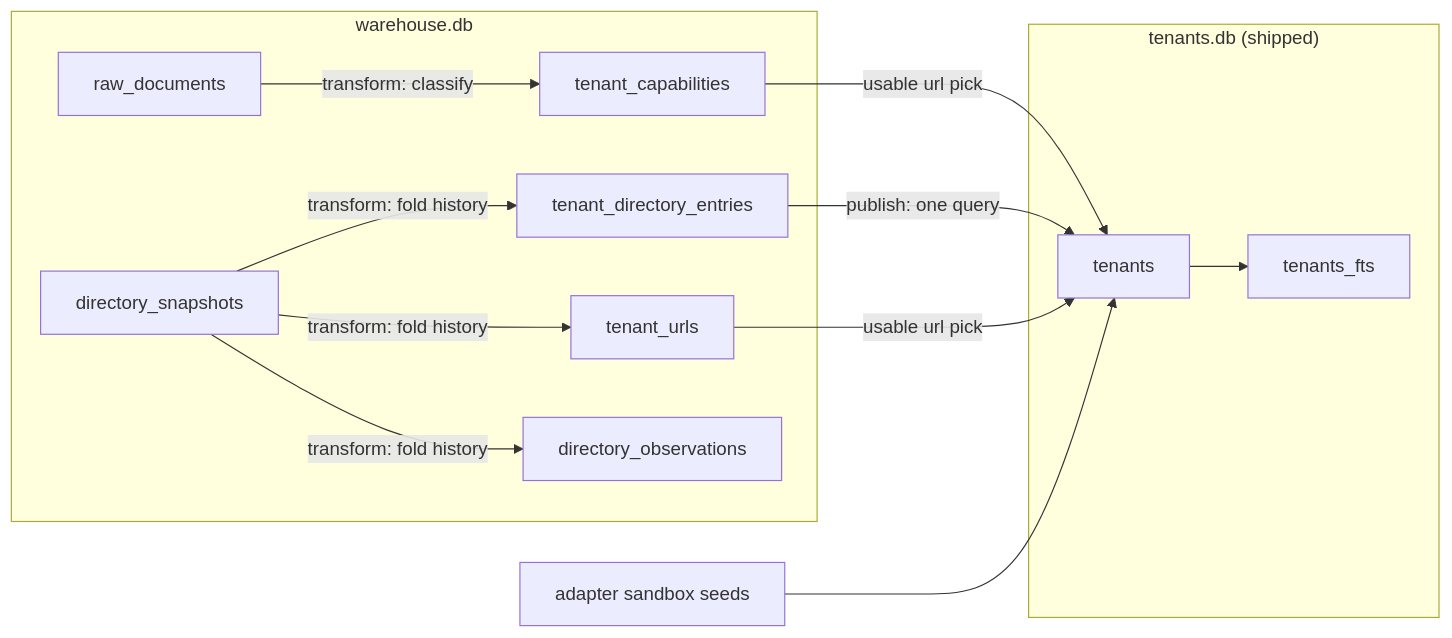
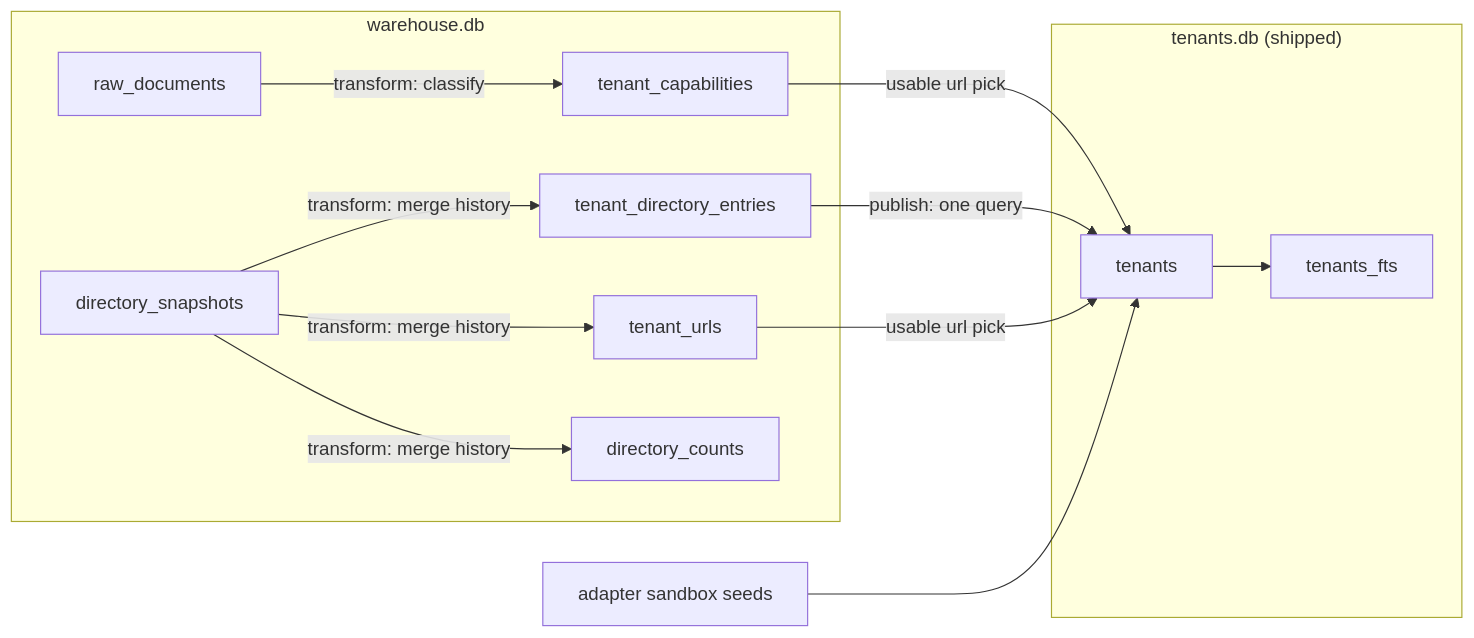
The second of 2 diagrams in libs/emr-pipeline/README.md (cfu288/mere-medical), drawn with Mermaid before and after one commit. The commit also changed other lines of this file and 8 other files, not shown here.

````diff
--- a/libs/emr-pipeline/README.md
+++ b/libs/emr-pipeline/README.md
@@ -180,24 +180,24 @@
 ```mermaid
 flowchart LR
   subgraph warehouse["warehouse.db"]
     raw[raw_documents]
     snaps[directory_snapshots]
     tde[tenant_directory_entries]
     turl[tenant_urls]
     tc[tenant_capabilities]
-    dobs[directory_observations]
+    dobs[directory_counts]
   end
   subgraph artifact["tenants.db (shipped)"]
     t[tenants]
     fts[tenants_fts]
   end
   seeds[adapter sandbox seeds]
 
-  snaps -- "transform: fold history" --> tde & turl & dobs
+  snaps -- "transform: merge history" --> tde & turl & dobs
   raw -- "transform: classify" --> tc
   tde -- "publish: one query" --> t
   turl -- "usable url pick" --> t
   tc -- "usable url pick" --> t
   seeds --> t
   t --> fts
 ```
````
